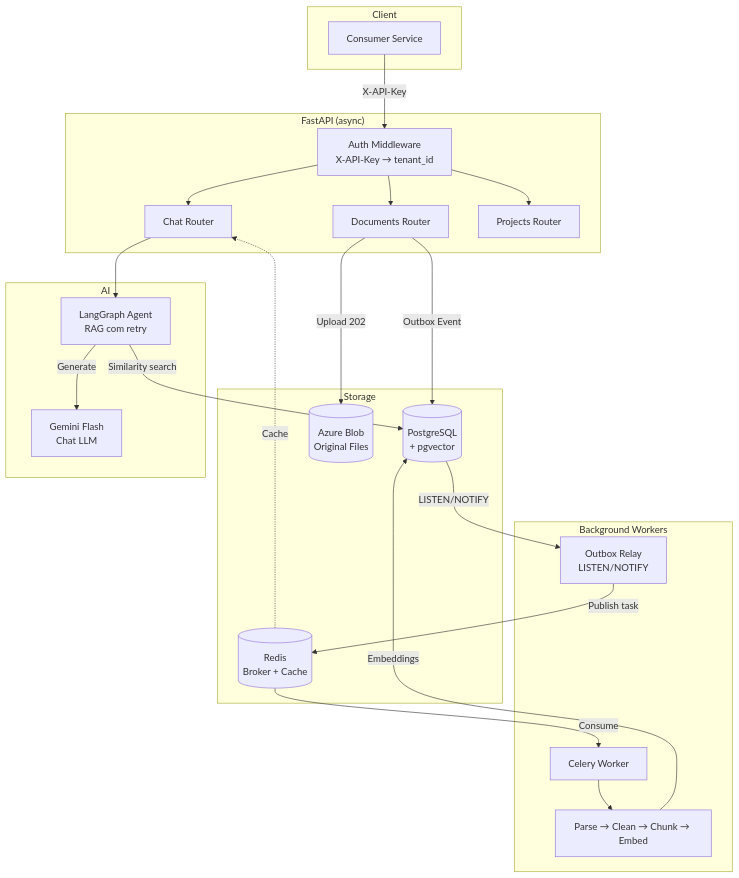
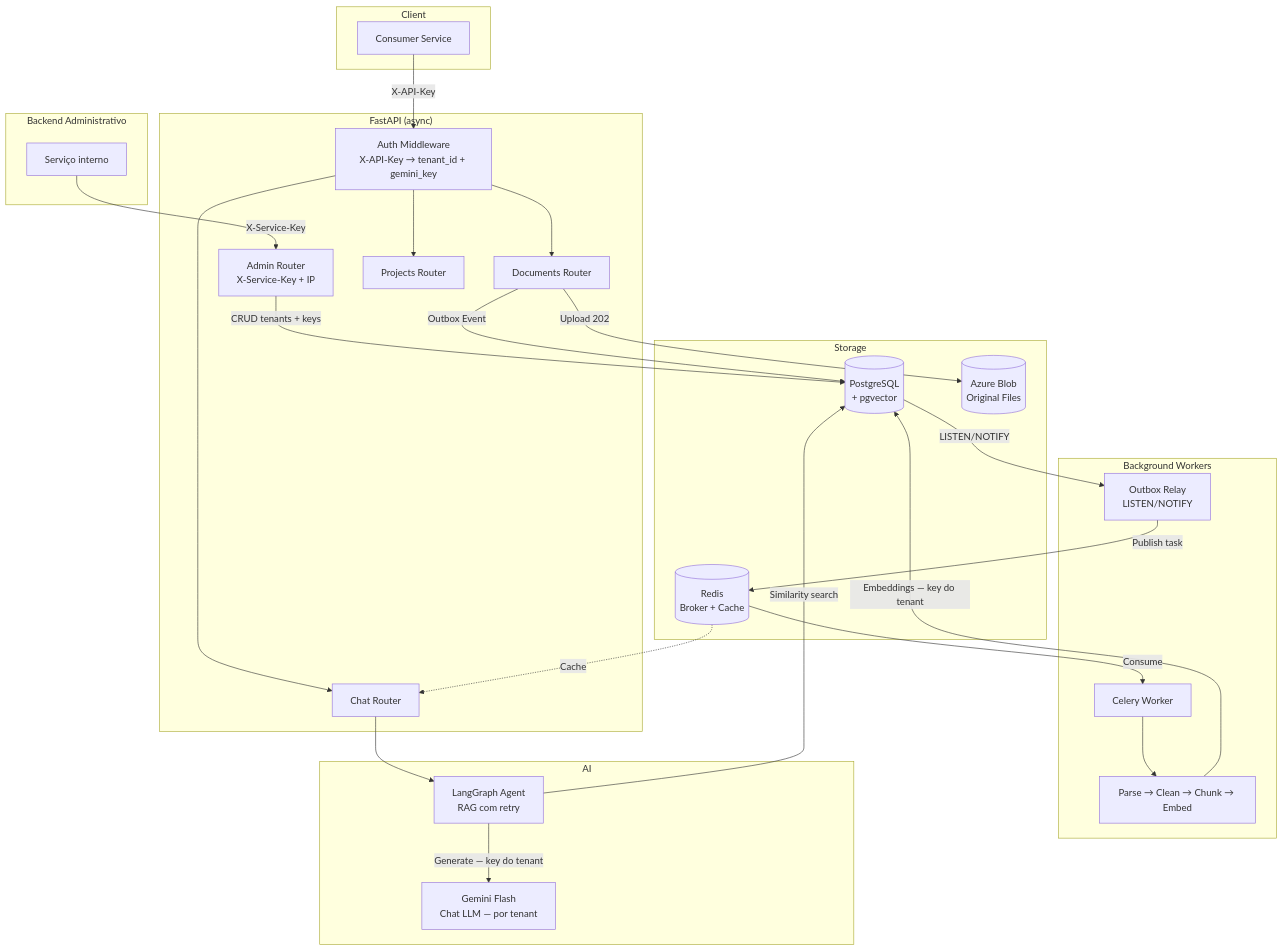
Before and after one commit to TiagoAReiz/fastdocs: the diagram in README.md, drawn with Mermaid. The commit also changed other lines of this file and 23 other files, not shown here.

````diff
--- a/README.md
+++ b/README.md
@@ -39,44 +42,51 @@
 ```mermaid
 flowchart TB
+    subgraph AdminCaller["Backend Administrativo"]
+        AA[Serviço interno]
+    end
+
     subgraph Client
         A[Consumer Service]
     end
 
     subgraph API["FastAPI (async)"]
-        B[Auth Middleware\nX-API-Key → tenant_id]
+        ADM[Admin Router\nX-Service-Key + IP]
+        B[Auth Middleware\nX-API-Key → tenant_id + gemini_key]
         C[Chat Router]
         D[Documents Router]
         E[Projects Router]
     end
 
     subgraph Processing["Background Workers"]
         F[Outbox Relay\nLISTEN/NOTIFY]
         G[Celery Worker]
         H["Parse → Clean → Chunk → Embed"]
     end
 
     subgraph Storage
         I[(PostgreSQL\n+ pgvector)]
         J[(Redis\nBroker + Cache)]
         K[(Azure Blob\nOriginal Files)]
     end
 
     subgraph AI
-        L[Gemini Flash\nChat LLM]
+        L[Gemini Flash\nChat LLM — por tenant]
         M[LangGraph Agent\nRAG com retry]
     end
 
+    AA -->|X-Service-Key| ADM
+    ADM -->|CRUD tenants + keys| I
     A -->|X-API-Key| B
     B --> C & D & E
     D -->|Upload 202| K
     D -->|Outbox Event| I
     I -->|LISTEN/NOTIFY| F
     F -->|Publish task| J
     J -->|Consume| G
     G --> H
-    H -->|Embeddings| I
+    H -->|Embeddings — key do tenant| I
     C --> M
     M -->|Similarity search| I
-    M -->|Generate| L
+    M -->|Generate — key do tenant| L
     J -.->|Cache| C
 ```
````
